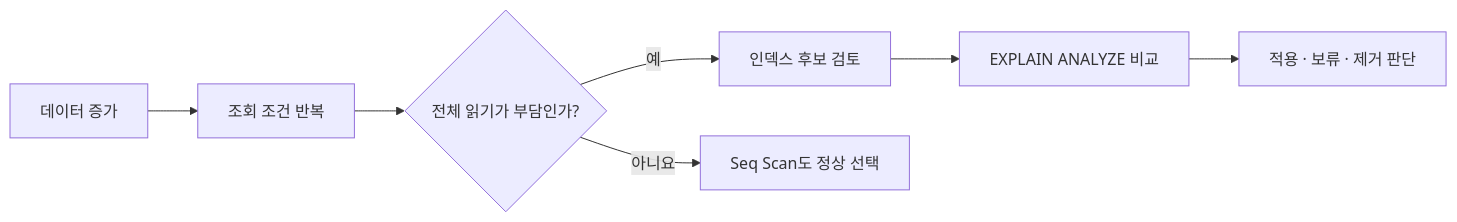
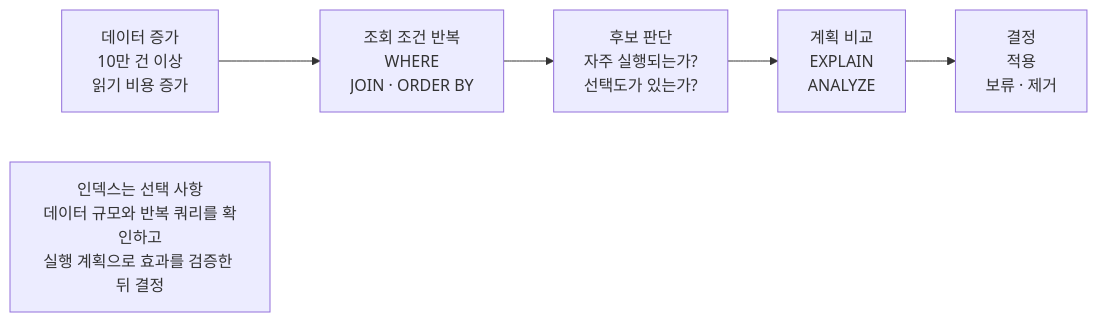
The diagram in images/chapter10/ch10_01_index_need_overview.mmd (GilbertMoon/ai-database-book), drawn with Mermaid before and after one commit.

Commit message:
Sync Mermaid source for Chapter 10 index overview

```diff
--- a/images/chapter10/ch10_01_index_need_overview.mmd
+++ b/images/chapter10/ch10_01_index_need_overview.mmd
@@ -1,7 +1,6 @@
 flowchart LR
-    A[데이터 증가] --> B[조회 조건 반복]
-    B --> C{전체 읽기가 부담인가?}
-    C -- 예 --> D[인덱스 후보 검토]
-    C -- 아니요 --> E[Seq Scan도 정상 선택]
-    D --> F[EXPLAIN ANALYZE 비교]
-    F --> G[적용 · 보류 · 제거 판단]
+    A["데이터 증가<br/>10만 건 이상<br/>읽기 비용 증가"] --> B["조회 조건 반복<br/>WHERE<br/>JOIN · ORDER BY"]
+    B --> C["후보 판단<br/>자주 실행되는가?<br/>선택도가 있는가?"]
+    C --> D["계획 비교<br/>EXPLAIN<br/>ANALYZE"]
+    D --> E["결정<br/>적용<br/>보류 · 제거"]
+    N["인덱스는 선택 사항<br/>데이터 규모와 반복 쿼리를 확인하고<br/>실행 계획으로 효과를 검증한 뒤 결정"]
```
